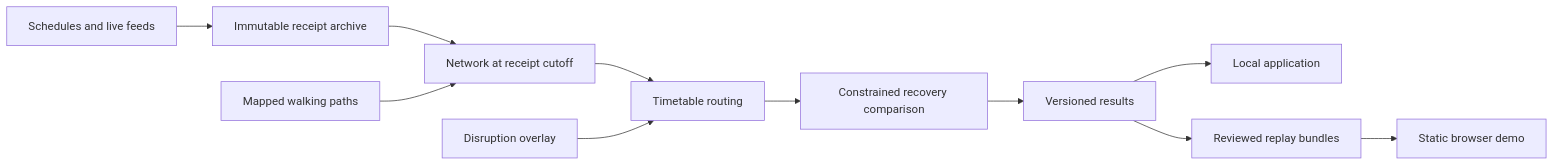
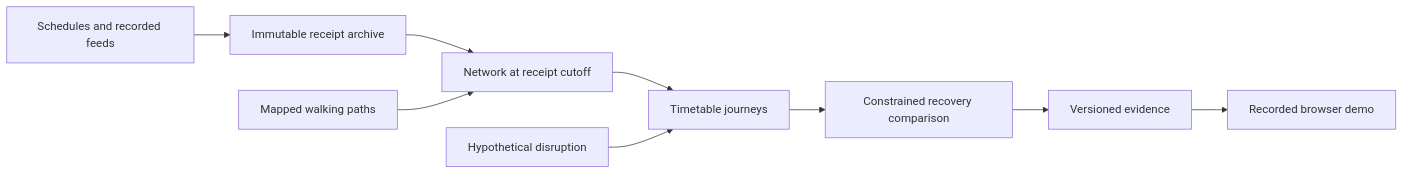
The diagram in README.md (Suhail15/brisbane-transport-resilience-lab), drawn with Mermaid before and after one commit. The commit also changed other lines of this file and 55 other files, not shown here.

````diff
--- a/README.md
+++ b/README.md
@@ -67,13 +81,11 @@
 ```mermaid
 flowchart LR
-  Sources[Schedules and live feeds] --> Archive[Immutable receipt archive]
+  Sources[Schedules and recorded feeds] --> Archive[Immutable receipt archive]
   Archive --> Snapshot[Network at receipt cutoff]
   OSM[Mapped walking paths] --> Snapshot
-  Snapshot --> Routing[Timetable routing]
-  Scenario[Disruption overlay] --> Routing
+  Snapshot --> Routing[Timetable journeys]
+  Scenario[Hypothetical disruption] --> Routing
   Routing --> Search[Constrained recovery comparison]
-  Search --> Results[Versioned results]
-  Results --> Local[Local application]
-  Results --> Bundle[Reviewed replay bundles]
-  Bundle --> Demo[Static browser demo]
+  Search --> Results[Versioned evidence]
+  Results --> Demo[Recorded browser demo]
 ```
````
